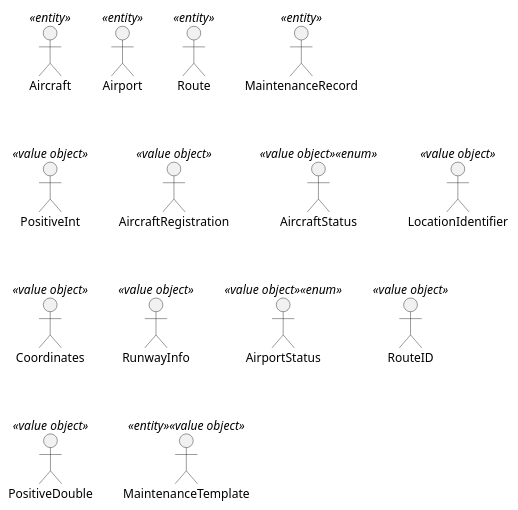
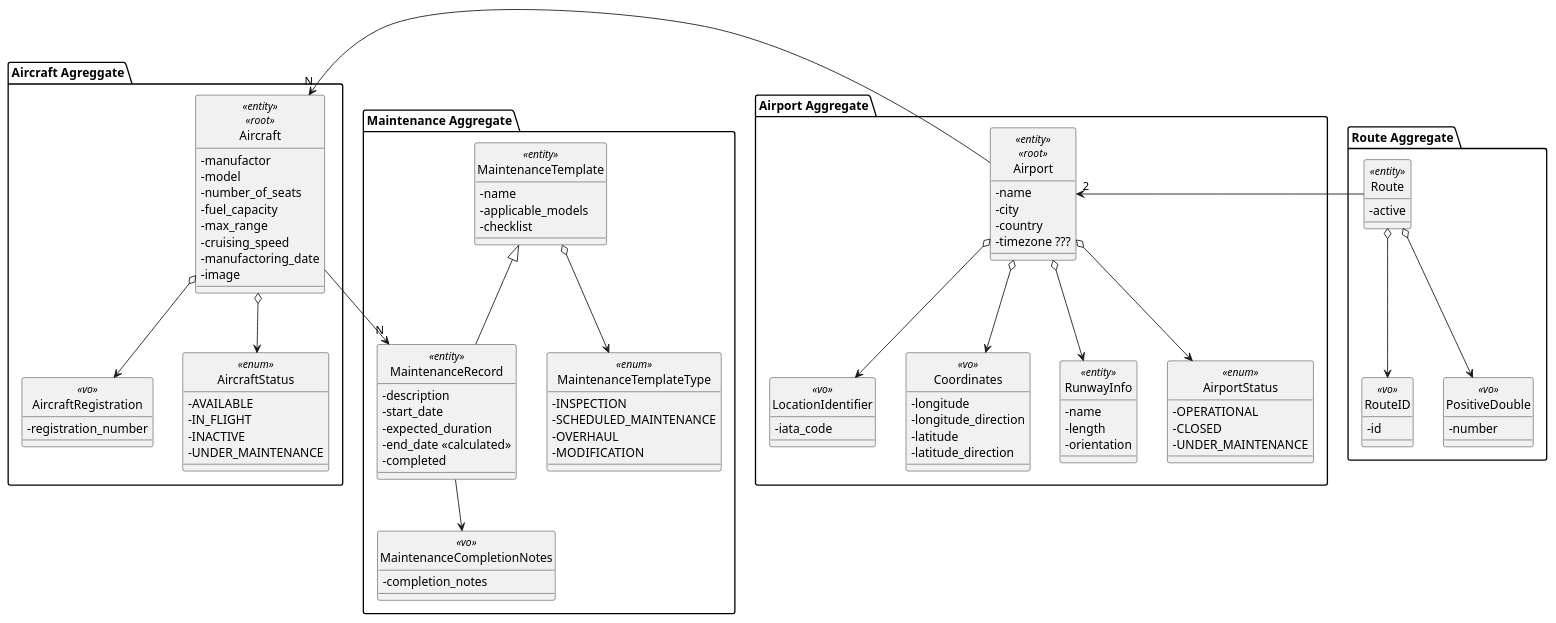
The diagram in docs/MD.puml (miguelsiilva1/PSOFT_1241008_1241131_1200858_1210977), drawn with PlantUML before and after one commit.

Commit message:
Melhoramentos ao Modelo de Domínio (`DM.puml`)

```diff
--- a/docs/MD.puml
+++ b/docs/MD.puml
@@ -1,20 +1,110 @@
 @startuml
 'https://plantuml.com/class-diagram
+hide circle
+skinparam classAttributeIconSize 0
 
-Aircraft <<entity>>
-Airport <<entity>>
-Route <<entity>>
-MaintenanceRecord <<entity>>
+package "Aircraft Agreggate" {
+    class Aircraft <<entity>> <<root>> {
+        - manufactor
+        - model
+        - number_of_seats
+        - fuel_capacity
+        - max_range
+        - cruising_speed
+        - manufactoring_date
+        - image
+    }
+    Aircraft o--> AircraftRegistration
+    Aircraft o--> AircraftStatus
 
-PositiveInt <<value object>>
-AircraftRegistration <<value object>>
-AircraftStatus <<value object>>/<<enum>>
-LocationIdentifier <<value object>>
-Coordinates <<value object>>
-RunwayInfo <<value object>>
-AirportStatus <<value object>>/<<enum>>
-RouteID <<value object>>
-PositiveDouble <<value object>>
-MaintenanceTemplate <<entity>>/<<value object>>
+    class AircraftRegistration <<vo>> {
+        - registration_number
+    }
+    class AircraftStatus <<enum>> {
+        - AVAILABLE
+        - IN_FLIGHT
+        - INACTIVE
+        - UNDER_MAINTENANCE
+    }
+}
+
+package "Airport Aggregate" {
+    class Airport <<entity>> <<root>> {
+        - name
+        - city
+        - country
+        - timezone ???
+    }
+    Airport o--> LocationIdentifier
+    Airport o--> Coordinates
+    Airport o--> RunwayInfo
+    Airport o--> AirportStatus
+
+    class LocationIdentifier <<vo>> {
+        - iata_code
+    }
+    class Coordinates <<vo>> {
+        - longitude
+        - longitude_direction
+        - latitude
+        - latitude_direction
+    }
+    class RunwayInfo <<entity>> {
+        - name
+        - length
+        - orientation
+    }
+    class AirportStatus <<enum>> {
+        - OPERATIONAL
+        - CLOSED
+        - UNDER_MAINTENANCE
+    }
+}
+
+package "Route Aggregate" {
+    class Route <<entity>> {
+        - active
+    }
+    Route o--> RouteID
+    Route o--> PositiveDouble
+
+    class RouteID <<vo>> {
+        - id
+    }
+    class PositiveDouble <<vo>> {
+        - number
+    }
+}
+
+package "Maintenance Aggregate" {
+    class MaintenanceTemplateType <<enum>> {
+        - INSPECTION
+        - SCHEDULED_MAINTENANCE
+        - OVERHAUL
+        - MODIFICATION
+    }
+    class MaintenanceTemplate <<entity>> {
+        - name
+        - applicable_models
+        - checklist
+    }
+    MaintenanceTemplate o--> MaintenanceTemplateType
+
+    class MaintenanceRecord <<entity>> extends MaintenanceTemplate {
+        - description
+        - start_date
+        - expected_duration
+        - end_date <<calculated>>
+        - completed
+    }
+    MaintenanceRecord --> MaintenanceCompletionNotes
+    class MaintenanceCompletionNotes <<vo>> {
+        - completion_notes
+    }
+}
+
+Airport -up> "N" Aircraft
+Route -> "2" Airport
+Aircraft --> "N" MaintenanceRecord
 
 @enduml
```
